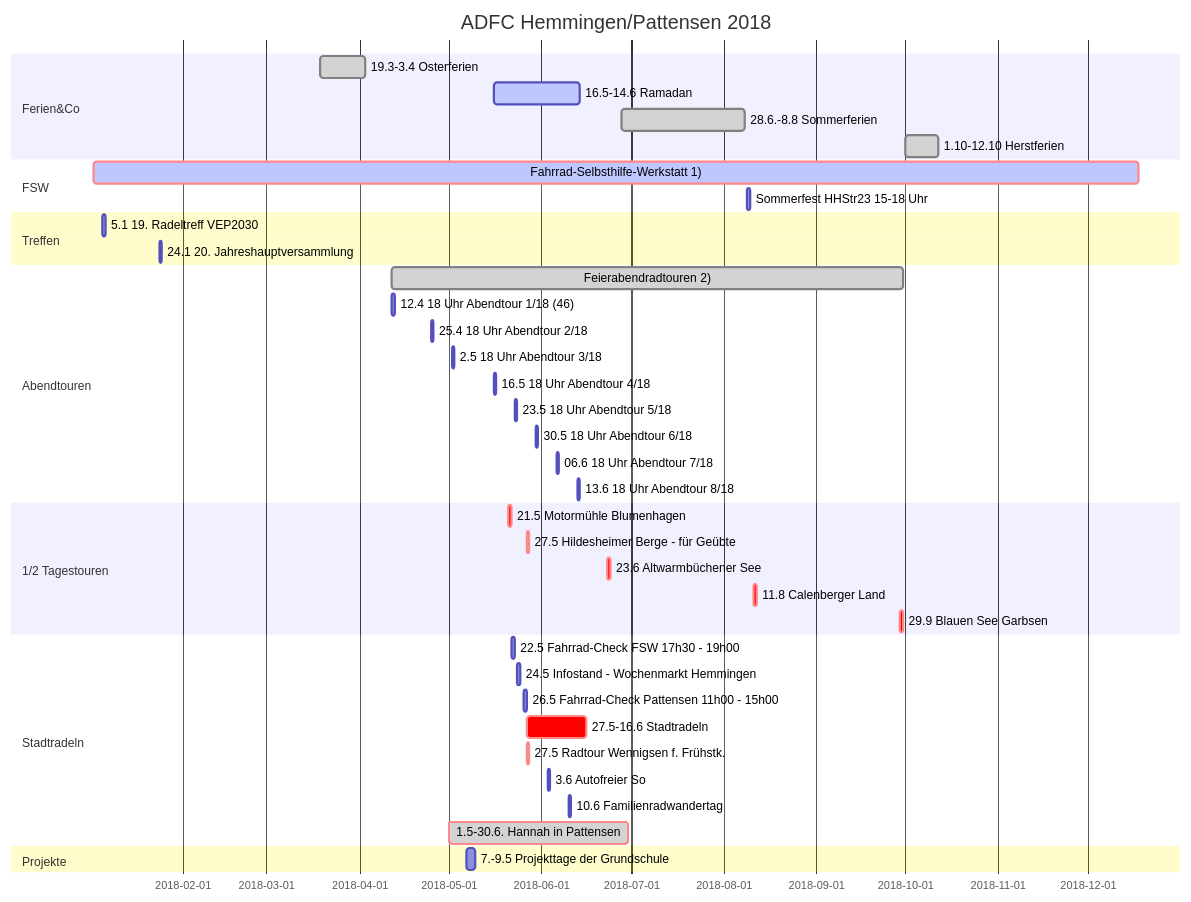
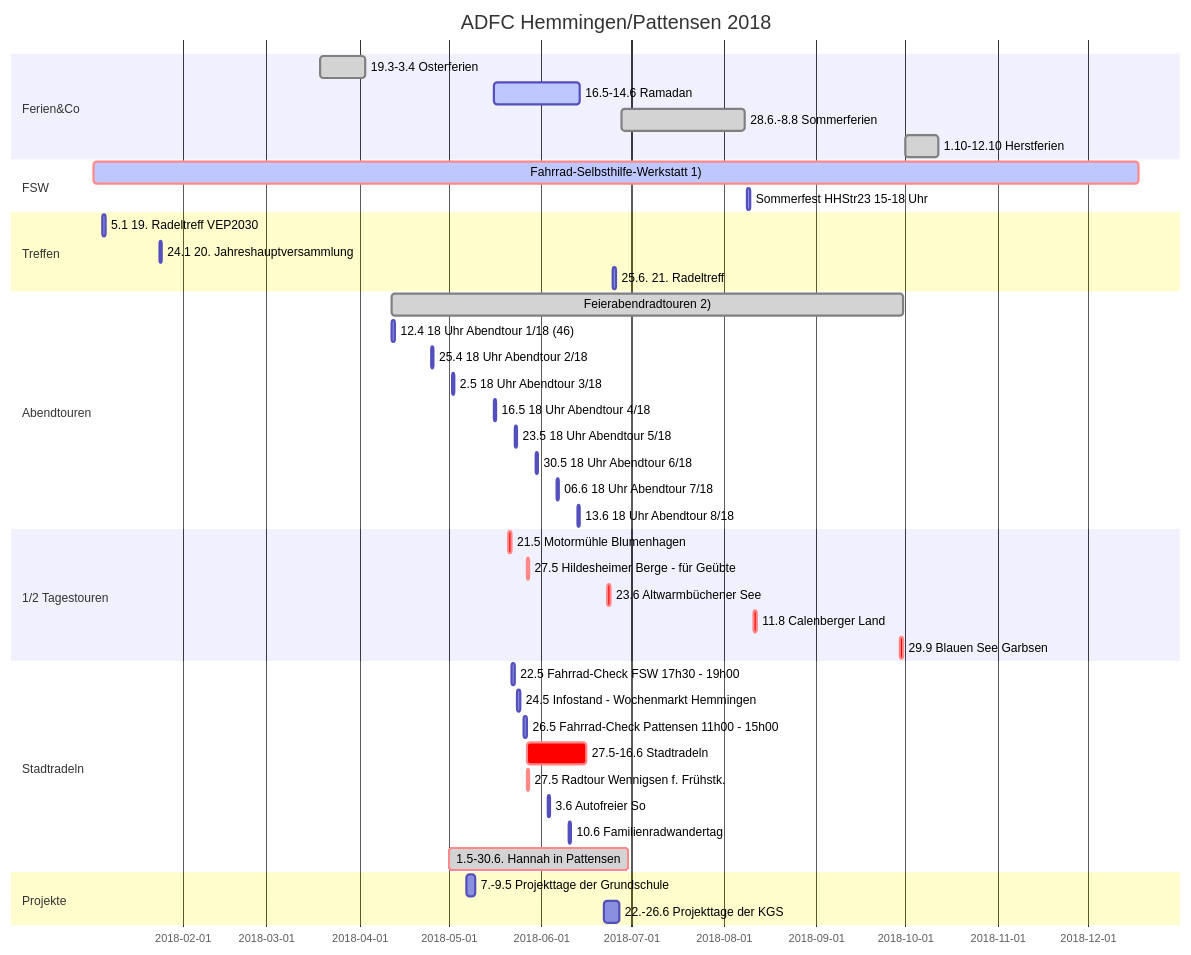
The diagram in index.md (adfc-hemmingen-pattensen/adfc-hemmingen-pattensen.github.io), drawn with Mermaid before and after one commit. The commit also changed other lines of this file and 3 other files, not shown here.

````diff
--- a/index.md
+++ b/index.md
@@ -102,51 +78,53 @@
 ```mermaid
 gantt
   title ADFC Hemmingen/Pattensen 2018
   dateFormat  DD.MM.YY
 
 section Ferien&Co
   19.3-3.4 Osterferien                        :done,        19.03.18, 03.04.18
   16.5-14.6  Ramadan                          :active,done, 16.05.18, 14.06.18
   28.6.-8.8 Sommerferien                      :done,        28.06.18, 08.08.18
   1.10-12.10 Herstferien                      :done,        01.10.18, 12.10.18
 
 section FSW
   Fahrrad-Selbsthilfe-Werkstatt 1)            :crit,active, 02.01.18, 18.12.18
   Sommerfest HHStr23  15-18 Uhr      : 09.08.18, 1d
 
 section Treffen
   5.1 19. Radeltreff VEP2030        : 05.01.18, 1d
   24.1 20. Jahreshauptversammlung   : 24.01.18, 1d
+  25.6. 21. Radeltreff              : 25.06.18, 1d
 
 section Abendtouren
   Feierabendradtouren 2)        :done, 12.04.18, 30.09.18
 12.4 18 Uhr Abendtour 1/18 (46) : 12.04.18,1d
 25.4 18 Uhr Abendtour 2/18    : 25.04.18,1d
 2.5 18 Uhr Abendtour 3/18     : 02.05.18,1d
 16.5 18 Uhr Abendtour 4/18     : 16.05.18,1d
 23.5 18 Uhr Abendtour 5/18      : 23.05.18,1d
 30.5 18 Uhr Abendtour 6/18      : 30.05.18,1d
 06.6 18 Uhr Abendtour 7/18      : 06.06.18,1d
 13.6 18 Uhr Abendtour 8/18      : 13.06.18,1d
 
 section 1/2 Tagestouren
   21.5 Motormühle Blumenhagen   :crit, 21.05.18,1d
   27.5 Hildesheimer Berge - für Geübte :crit, 27.05.18, 1d
   23.6 Altwarmbüchener See      :crit, 23.06.18,1d
   11.8 Calenberger Land         :crit, 11.08.18,1d
   29.9 Blauen See Garbsen       :crit, 29.09.18,1d
 
 
 section Stadtradeln
   22.5 Fahrrad-Check FSW 17h30 - 19h00                     :             22.05.18, 1d
   24.5 Infostand - Wochenmarkt Hemmingen : 24.05.18,1d
   26.5 Fahrrad-Check Pattensen 11h00 - 15h00              :             26.05.18, 1d
   27.5-16.6 Stadtradeln                       : crit,       27.05.18, 16.06.18
   27.5 Radtour Wennigsen f. Frühstk.          : crit,       27.05.18, 1d
   3.6 Autofreier So                           :             03.06.18, 1d
   10.6 Familienradwandertag                   :             10.06.18, 1d
   1.5-30.6.  Hannah in Pattensen              :crit, done,  01.05.18, 30.06.18
 
 section Projekte
   7.-9.5 Projekttage der Grundschule      :07.05.18, 3d
+  22.-26.6 Projekttage der KGS      :22.06.18, 5d
 ```
````
